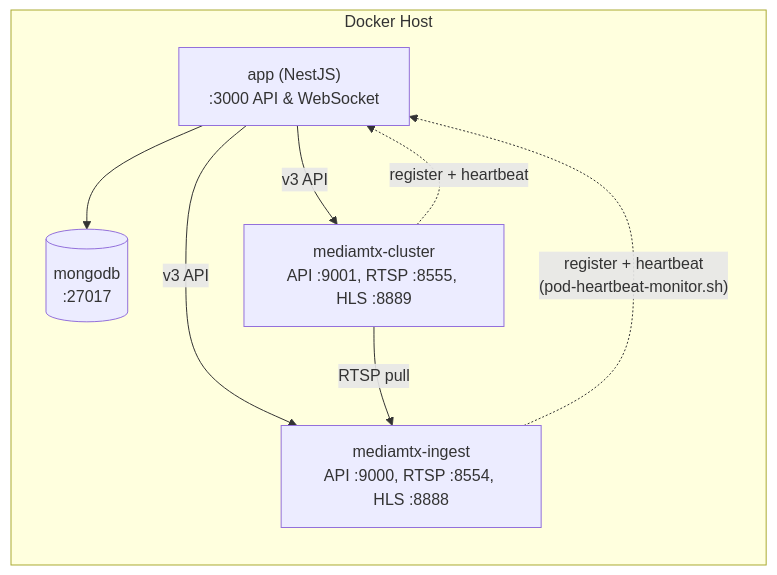
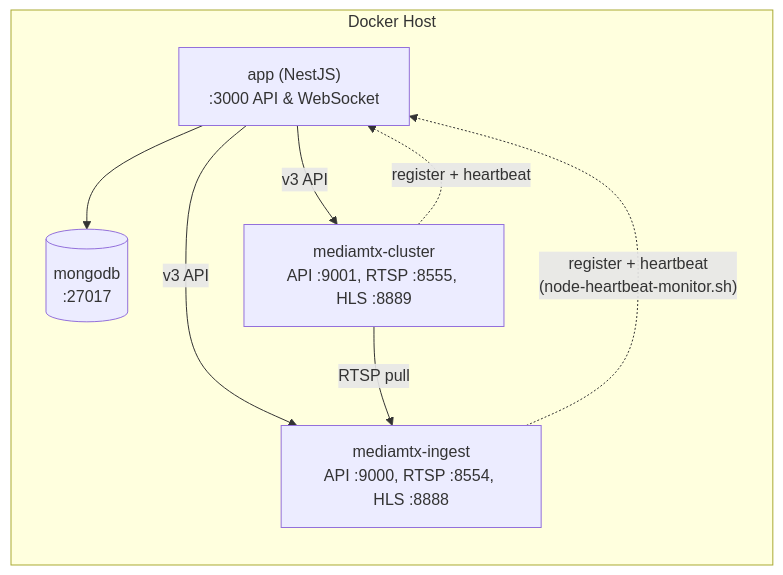
Before and after one commit to emanuel74-bit/media-sync: the third of 6 diagrams in backend/SYSTEM_DOCUMENTATION.md, drawn with Mermaid. The commit also changed other lines of this file and 163 other files, not shown here.

Commit message:
rename pod to node

````diff
--- a/backend/SYSTEM_DOCUMENTATION.md
+++ b/backend/SYSTEM_DOCUMENTATION.md
@@ -405,15 +405,15 @@
 ```mermaid
 flowchart LR
     subgraph host["Docker Host"]
         App["app (NestJS)<br/>:3000 API & WebSocket"]
         Mongo[("mongodb<br/>:27017")]
         Ingest["mediamtx-ingest<br/>API :9000, RTSP :8554, HLS :8888"]
         Cluster["mediamtx-cluster<br/>API :9001, RTSP :8555, HLS :8889"]
     end
     App --> Mongo
     App -- "v3 API" --> Ingest
     App -- "v3 API" --> Cluster
     Cluster -- "RTSP pull" --> Ingest
-    Ingest -. "register + heartbeat<br/>(pod-heartbeat-monitor.sh)" .-> App
+    Ingest -. "register + heartbeat<br/>(node-heartbeat-monitor.sh)" .-> App
     Cluster -. "register + heartbeat" .-> App
 ```
````
